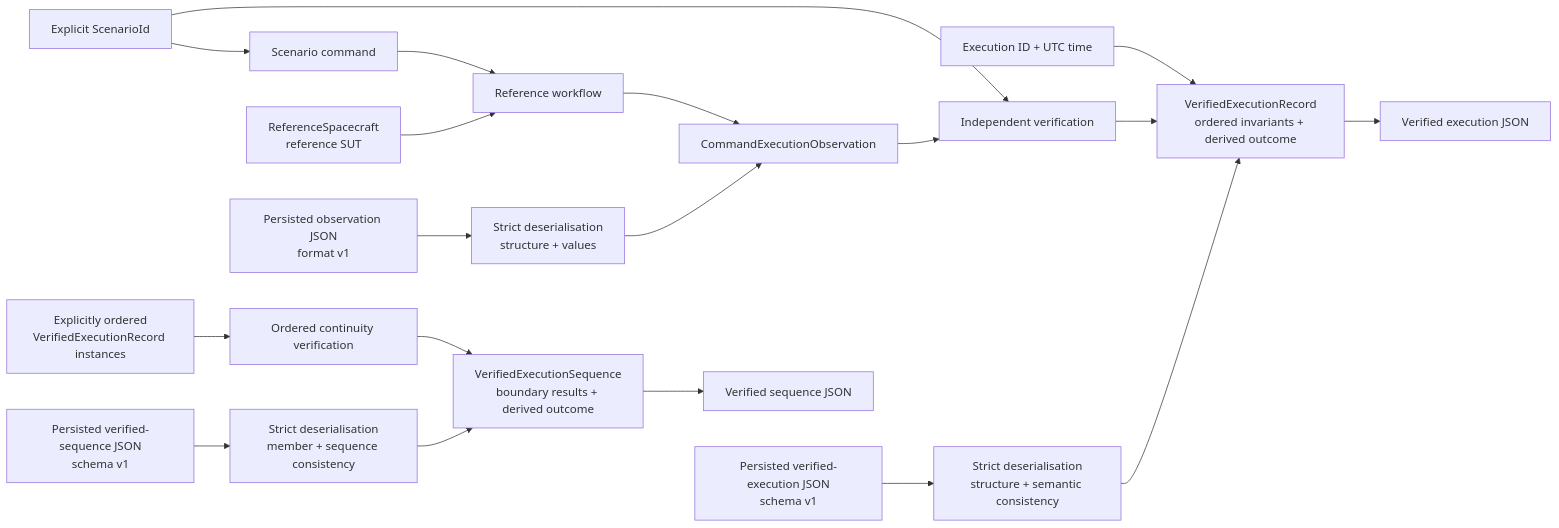
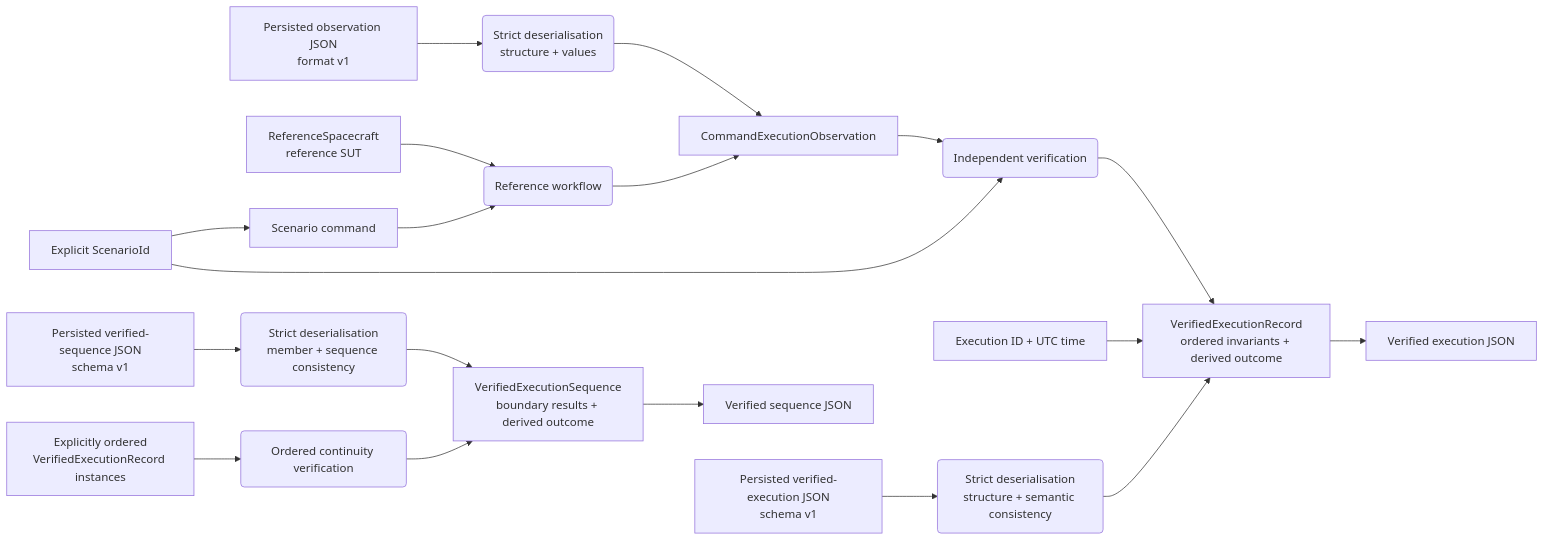
One commit to NikolayAir/OrbiRig changed the diagram in README.md. Above: the diagram before and after it, drawn with Mermaid. The commit also changed other lines of this file and 1 other file, not shown here.

Commit message:
Align evidence inspector presentation (#47)
Correct the browser title for the full evidence inspector. Simplify how the live inspector is presented in the README and clarify the verification flow diagram.

````diff
--- a/README.md
+++ b/README.md
@@ -28,24 +26,27 @@
 ```mermaid
 flowchart LR
     scenario["Explicit ScenarioId"] --> command["Scenario command"]
-    command --> workflow["Reference workflow"]
+    command --> workflow("Reference workflow")
     sut["ReferenceSpacecraft<br/>reference SUT"] --> workflow
     workflow --> observation["CommandExecutionObservation"]
 
-    persisted["Persisted observation JSON<br/>format v1"] --> loader["Strict deserialisation<br/>structure + values"]
+    persisted["Persisted observation JSON<br/>format v1"] --> loader("Strict deserialisation<br/>structure + values")
     loader --> observation
 
-    scenario --> verifier["Independent verification"]
+    scenario --> verifier("Independent verification")
     observation --> verifier
-    metadata["Execution ID + UTC time"] --> record["VerifiedExecutionRecord<br/>ordered invariants + derived outcome"]
-    verifier --> record
-    record --> evidence["Verified execution JSON"]
-    verified_persisted["Persisted verified-execution JSON<br/>schema v1"] --> verified_loader["Strict deserialisation<br/>structure + semantic consistency"]
+
+    verified_persisted["Persisted verified-execution JSON<br/>schema v1"] --> verified_loader("Strict deserialisation<br/>structure + semantic consistency")
     verified_loader --> record
 
-    records["Explicitly ordered<br/>VerifiedExecutionRecord instances"] --> continuity["Ordered continuity verification"]
+    metadata["Execution ID + UTC time"] --> record
+    verifier --> record
+    record["VerifiedExecutionRecord<br/>ordered invariants + derived outcome"] --> evidence["Verified execution JSON"]
+
+    records["Explicitly ordered<br/>VerifiedExecutionRecord instances"] --> continuity("Ordered continuity verification")
     continuity --> sequence["VerifiedExecutionSequence<br/>boundary results + derived outcome"]
     sequence --> sequence_evidence["Verified sequence JSON"]
-    sequence_persisted["Persisted verified-sequence JSON<br/>schema v1"] --> sequence_loader["Strict deserialisation<br/>member + sequence consistency"]
+
+    sequence_persisted["Persisted verified-sequence JSON<br/>schema v1"] --> sequence_loader("Strict deserialisation<br/>member + sequence consistency")
     sequence_loader --> sequence
 ```
````
